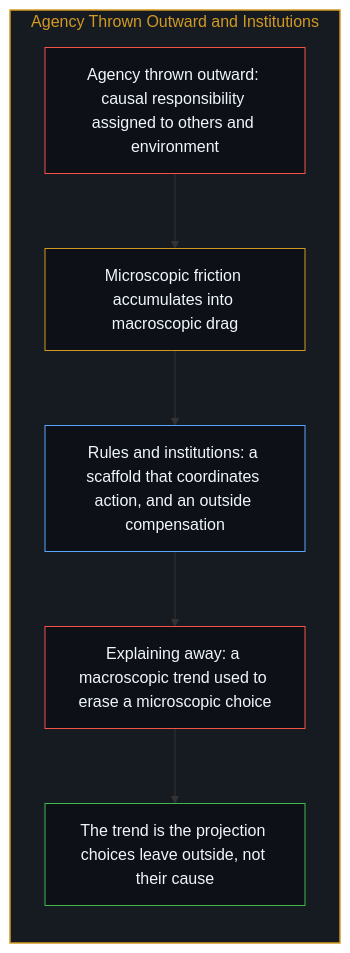
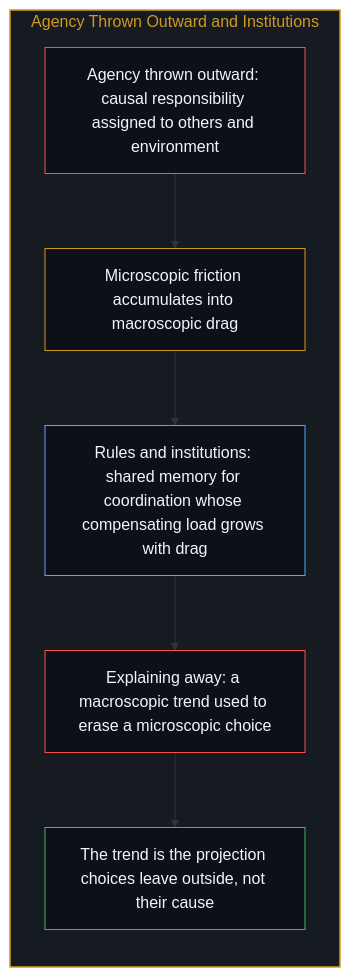
Before and after one commit to powerpig99/not-a-toe: the tenth of 18 diagrams in content/posts/the-geometry-of-coexistence-and-the-dual-cut.md, drawn with Mermaid. The commit also changed other lines of this file and 5 other files, not shown here.

````diff
--- a/content/posts/the-geometry-of-coexistence-and-the-dual-cut.md
+++ b/content/posts/the-geometry-of-coexistence-and-the-dual-cut.md
@@ -256,22 +247,21 @@
 ```mermaid
 flowchart TD
     subgraph S_Drag["Agency Thrown Outward and Institutions"]
         direction TB
         Throw["Agency thrown outward: causal responsibility assigned to others and environment"]
         Drag["Microscopic friction accumulates into macroscopic drag"]
-        Inst["Rules and institutions: a scaffold that coordinates action, and an outside compensation"]
+        Inst["Rules and institutions: shared memory for coordination whose compensating load grows with drag"]
         Explain["Explaining away: a macroscopic trend used to erase a microscopic choice"]
         Shadow["The trend is the projection choices leave outside, not their cause"]
         Throw --> Drag
         Drag --> Inst
         Inst --> Explain
         Explain --> Shadow
     end
-
     style S_Drag fill:#161b22,stroke:#d29922,stroke-width:1.5px,color:#d29922
     style Throw fill:#0d1117,stroke:#f85149,stroke-width:1px,color:#f0f6fc
     style Drag fill:#0d1117,stroke:#d29922,stroke-width:1px,color:#f0f6fc
     style Inst fill:#0d1117,stroke:#58a6ff,stroke-width:1px,color:#f0f6fc
     style Explain fill:#0d1117,stroke:#f85149,stroke-width:1px,color:#f0f6fc
     style Shadow fill:#0d1117,stroke:#3fb950,stroke-width:1px,color:#f0f6fc
 ```
````
